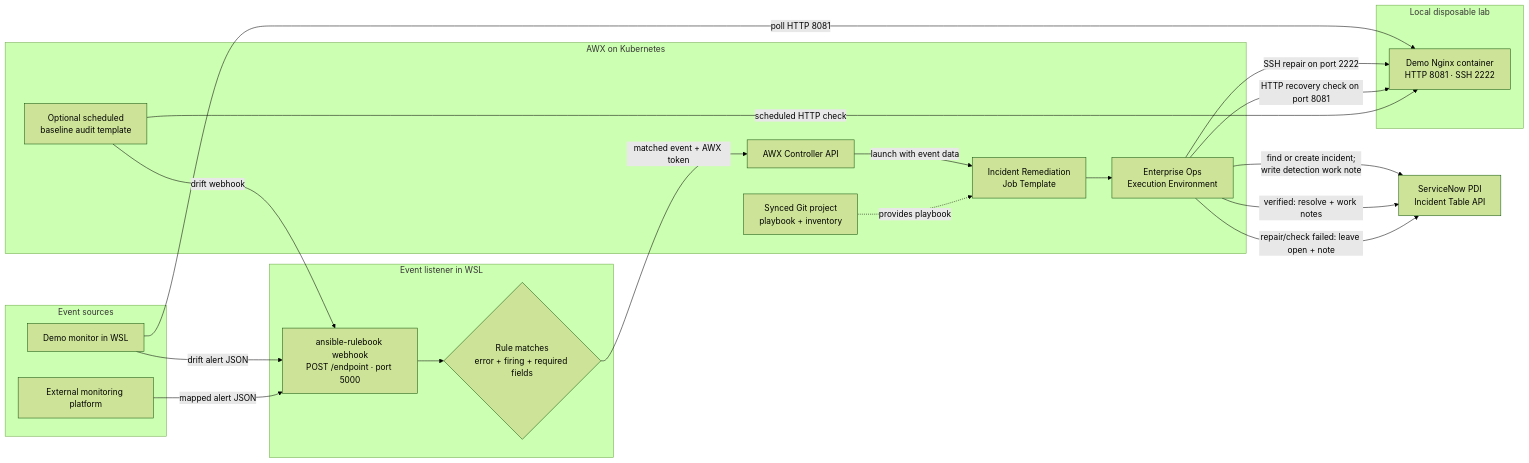
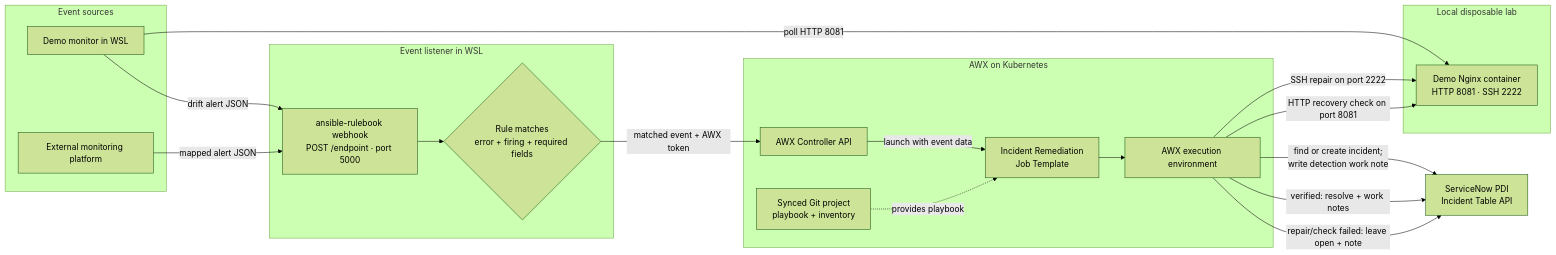
The diagram in README.md (piyushv080/devops-platform-engineering-portfolio), drawn with Mermaid (forest theme) before and after one commit. The commit also changed other lines of this file and 1 other file, not shown here.

````diff
--- a/README.md
+++ b/README.md
@@ -7,43 +7,40 @@
 ```mermaid
 flowchart LR
     subgraph Sources[Event sources]
         MON[Demo monitor in WSL]
         EXT[External monitoring platform]
     end
 
     subgraph Lab[Local disposable lab]
         TARGET[Demo Nginx container<br/>HTTP 8081 · SSH 2222]
     end
 
     subgraph EDA[Event listener in WSL]
         WEBHOOK[ansible-rulebook webhook<br/>POST /endpoint · port 5000]
         RULE{Rule matches<br/>error + firing + required fields}
     end
 
     subgraph AWX[AWX on Kubernetes]
         API[AWX Controller API]
         JT[Incident Remediation<br/>Job Template]
-        EE[Enterprise Ops<br/>Execution Environment]
+        EE[AWX execution environment]
         PROJECT[Synced Git project<br/>playbook + inventory]
-        AUDIT[Optional scheduled<br/>baseline audit template]
     end
 
     SN[ServiceNow PDI<br/>Incident Table API]
 
     MON -->|poll HTTP 8081| TARGET
     MON -->|drift alert JSON| WEBHOOK
     EXT -->|mapped alert JSON| WEBHOOK
     WEBHOOK --> RULE
     RULE -->|matched event + AWX token| API
     API -->|launch with event data| JT
     PROJECT -. provides playbook .-> JT
     JT --> EE
     EE -->|find or create incident;<br/>write detection work note| SN
     EE -->|SSH repair on port 2222| TARGET
     EE -->|HTTP recovery check on port 8081| TARGET
     EE -->|verified: resolve + work notes| SN
     EE -->|repair/check failed: leave open + note| SN
 
-    AUDIT -->|scheduled HTTP check| TARGET
-    AUDIT -->|drift webhook| WEBHOOK
 ```
````
